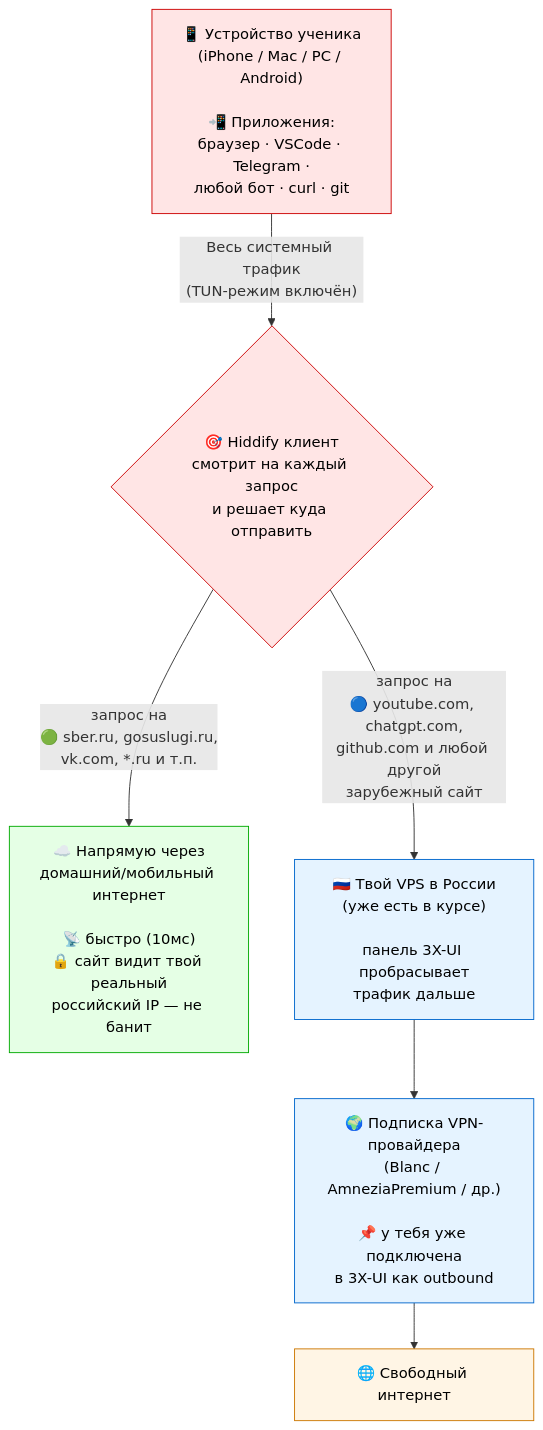
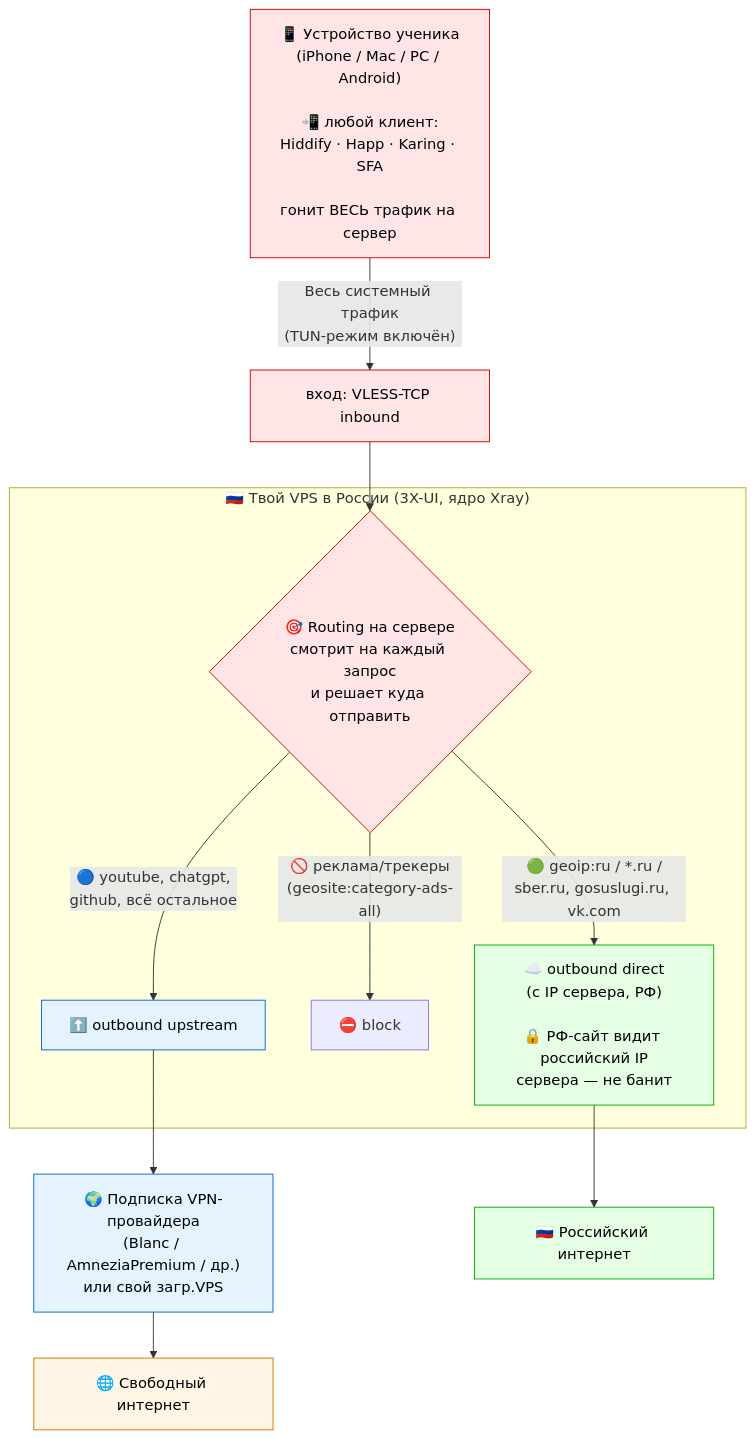
One commit to vefmvai/sysadmin changed the first of 5 diagrams in .claude/knowledge/networking/_diagrams/vpn-architecture-student.md. Above: the diagram before and after it, drawn with Mermaid. The commit also changed other lines of this file and 6 other files, not shown here.

First line of the commit message:
refactor(knowledge): маршрутизация на сервере (3X-UI) как дефолт вместо client-side Hiddify

````diff
--- a/.claude/knowledge/networking/_diagrams/vpn-architecture-student.md
+++ b/.claude/knowledge/networking/_diagrams/vpn-architecture-student.md
@@ -9,31 +10,32 @@
 ```mermaid
 flowchart TD
-    Phone["📱 Устройство ученика<br/>(iPhone / Mac / PC / Android)<br/><br/>📲 Приложения:<br/>браузер · VSCode · Telegram ·<br/>любой бот · curl · git"]
+    Phone["📱 Устройство ученика<br/>(iPhone / Mac / PC / Android)<br/><br/>📲 любой клиент:<br/>Hiddify · Happ · Karing · SFA<br/><br/>гонит ВЕСЬ трафик на сервер"]
 
-    Phone -->|"Весь системный трафик<br/>(TUN-режим включён)"| Hiddify
+    Phone -->|"Весь системный трафик<br/>(TUN-режим включён)"| RuVPS
 
-    Hiddify{"🎯 Hiddify клиент<br/>смотрит на каждый запрос<br/>и решает куда отправить"}
+    subgraph Server["🇷🇺 Твой VPS в России (3X-UI, ядро Xray)"]
+      Router{"🎯 Routing на сервере<br/>смотрит на каждый запрос<br/>и решает куда отправить"}
+      Router -->|"🟢 geoip:ru / *.ru /<br/>sber.ru, gosuslugi.ru, vk.com"| Direct
+      Router -->|"🚫 реклама/трекеры<br/>(geosite:category-ads-all)"| Block["⛔ block"]
+      Router -->|"🔵 youtube, chatgpt,<br/>github, всё остальное"| Up["⬆️ outbound upstream"]
+    end
 
-    Hiddify -->|"запрос на<br/>🟢 sber.ru, gosuslugi.ru,<br/>vk.com, *.ru и т.п."| Direct
-    Hiddify -->|"запрос на<br/>🔵 youtube.com, chatgpt.com,<br/>github.com и любой другой<br/>зарубежный сайт"| RuVPS
+    RuVPS["вход: VLESS-TCP inbound"] --> Router
 
-    Direct["☁️ Напрямую через<br/>домашний/мобильный интернет<br/><br/>📡 быстро (10мс)<br/>🔒 сайт видит твой реальный<br/>российский IP — не банит"]
+    Direct["☁️ outbound direct<br/>(с IP сервера, РФ)<br/><br/>🔒 РФ-сайт видит российский IP<br/>сервера — не банит"]
 
-    RuVPS["🇷🇺 Твой VPS в России<br/>(уже есть в курсе)<br/><br/>панель 3X-UI пробрасывает<br/>трафик дальше"]
-
-    RuVPS --> Provider
-
-    Provider["🌍 Подписка VPN-провайдера<br/>(Blanc / AmneziaPremium / др.)<br/><br/>📌 у тебя уже подключена<br/>в 3X-UI как outbound"]
+    Up --> Provider["🌍 Подписка VPN-провайдера<br/>(Blanc / AmneziaPremium / др.)<br/>или свой загр.VPS"]
 
     Provider --> World["🌐 Свободный интернет"]
+    Direct --> WorldRu["🇷🇺 Российский интернет"]
 
     classDef ru fill:#ffe5e5,stroke:#cc0000,color:#000
     classDef directStyle fill:#e5ffe5,stroke:#00aa00,color:#000
     classDef vpn fill:#e5f3ff,stroke:#0066cc,color:#000
     classDef world fill:#fff5e5,stroke:#cc7700,color:#000
 
-    class Phone,Hiddify ru
-    class Direct directStyle
-    class RuVPS,Provider vpn
+    class Phone,RuVPS,Router ru
+    class Direct,WorldRu directStyle
+    class Up,Provider vpn
     class World world
 ```
````
